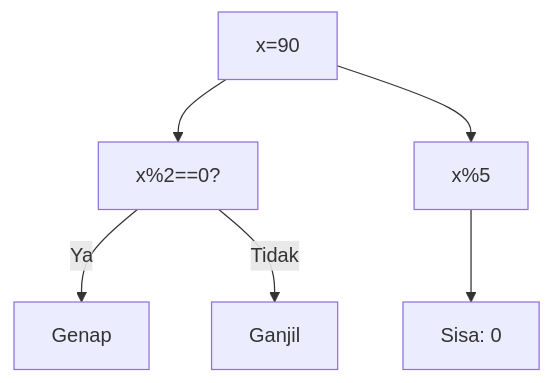
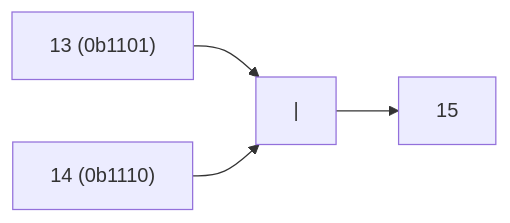
Before and after one commit to amnahwaida/OSNK_INF_PREP: the third of 25 diagrams in part-c-pemahaman-cpp/06-bitwise/latihan/set-12.md, drawn with Mermaid. The commit also changed other lines of this file and 71 other files, not shown here.

````diff
--- a/part-c-pemahaman-cpp/06-bitwise/latihan/set-12.md
+++ b/part-c-pemahaman-cpp/06-bitwise/latihan/set-12.md
@@ -117,8 +73,6 @@
 ```mermaid
-graph TD
-A["x=90"] --> B["x%2==0?"]
-B -- Ya --> C["Genap"]
-B -- Tidak --> D["Ganjil"]
-A --> E["x%5"]
-E --> F["Sisa: 0"]
+graph LR
+A["13 (0b1101)"] --> C["|"]
+B["14 (0b1110)"] --> C
+C --> D["15"]
 ```
````
